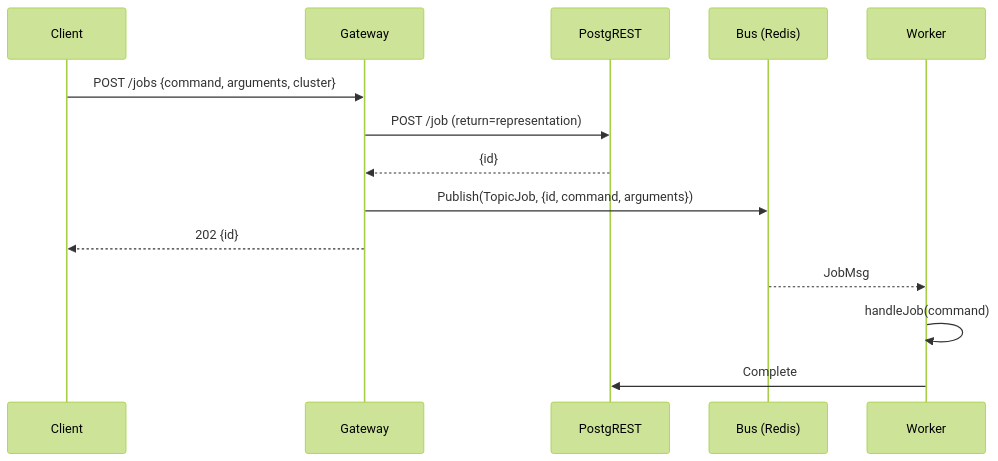
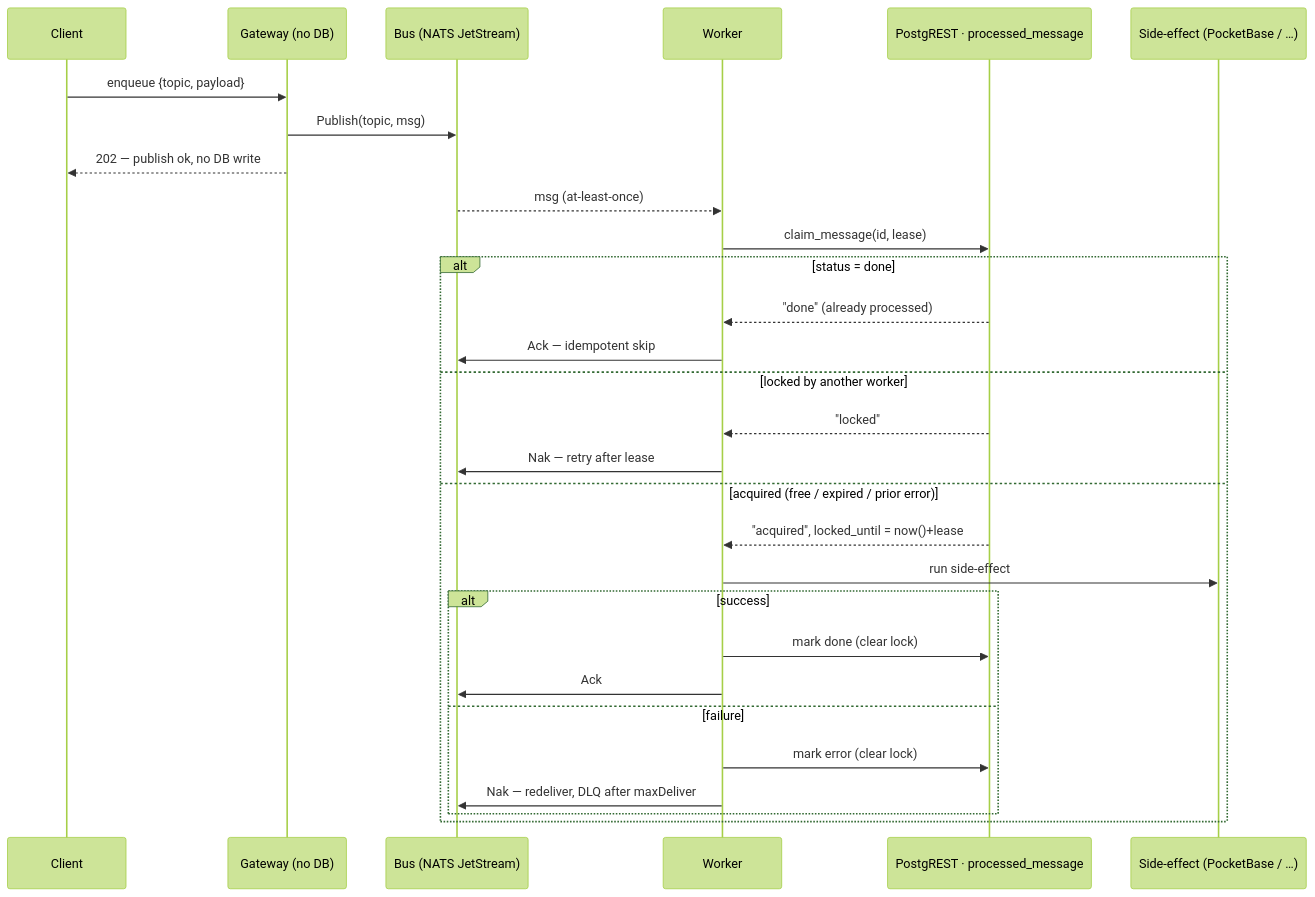
One commit to thinkonmay/global-proxy changed the fifth of 7 diagrams in api/README.md. Above: the diagram before and after it, drawn with Mermaid (forest theme). The commit also changed other lines of this file and 45 other files, not shown here.

Commit message:
refactor gateway/worker: nats bus, guard, usagesink, postgrest

````diff
--- a/api/README.md
+++ b/api/README.md
@@ -147,17 +204,32 @@
 ```mermaid
 sequenceDiagram
     participant C as Client
-    participant GW as Gateway
-    participant PR as PostgREST
-    participant Bus as Bus (Redis)
+    participant GW as Gateway (no DB)
+    participant Bus as Bus (NATS JetStream)
     participant W as Worker
+    participant PG as PostgREST · processed_message
+    participant DST as Side-effect (PocketBase / …)
 
-    C->>GW: POST /jobs {command, arguments, cluster}
-    GW->>PR: POST /job (return=representation)
-    PR-->>GW: {id}
-    GW->>Bus: Publish(TopicJob, {id, command, arguments})
-    GW-->>C: 202 {id}
-    Bus-->>W: JobMsg
-    W->>W: handleJob(command)
-    W->>PR: Complete
+    C->>GW: enqueue {topic, payload}
+    GW->>Bus: Publish(topic, msg)
+    GW-->>C: 202 — publish ok, no DB write
+    Bus-->>W: msg (at-least-once)
+    W->>PG: claim_message(id, lease)
+    alt status = done
+        PG-->>W: "done" (already processed)
+        W->>Bus: Ack — idempotent skip
+    else locked by another worker
+        PG-->>W: "locked"
+        W->>Bus: Nak — retry after lease
+    else acquired (free / expired / prior error)
+        PG-->>W: "acquired", locked_until = now()+lease
+        W->>DST: run side-effect
+        alt success
+            W->>PG: mark done (clear lock)
+            W->>Bus: Ack
+        else failure
+            W->>PG: mark error (clear lock)
+            W->>Bus: Nak — redeliver, DLQ after maxDeliver
+        end
+    end
 ```
````
